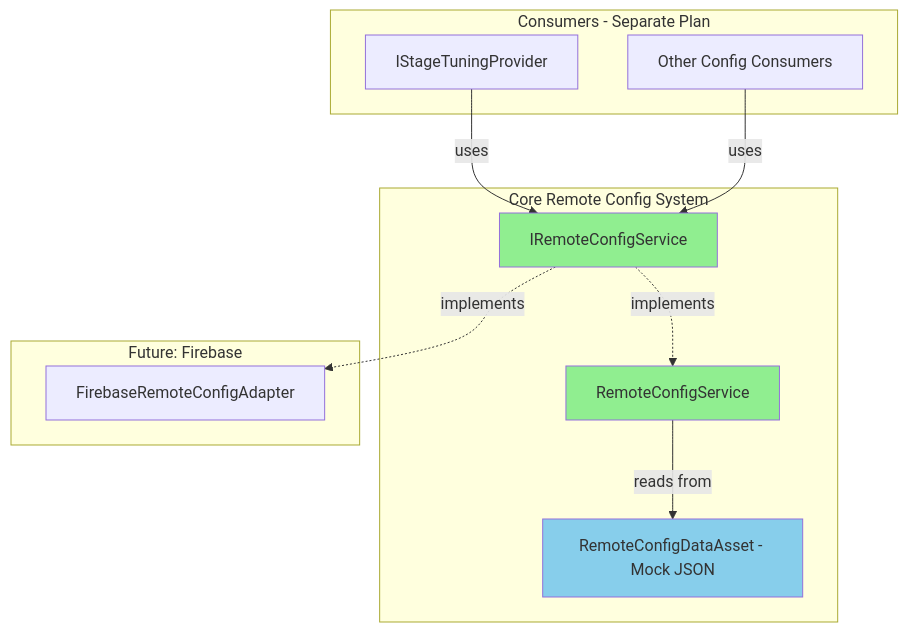
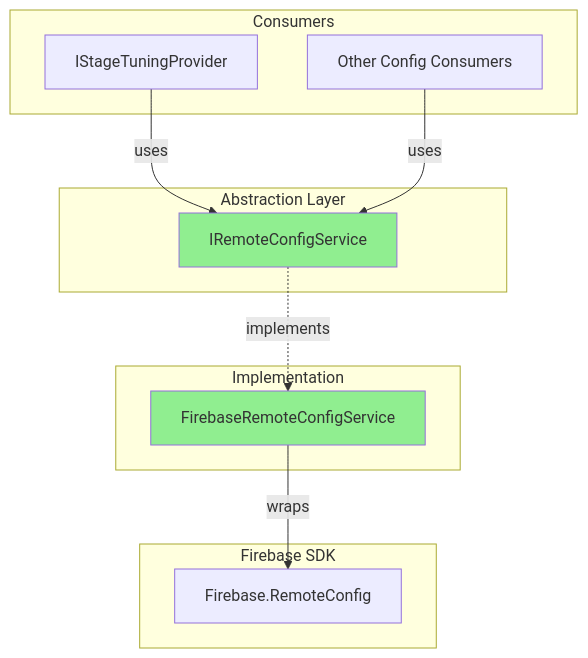
One commit to Jonsi/Knife-Toss changed the first of 2 diagrams in .cursor/plans/remote_config_system_f24d3bee.plan.md. Above: the diagram before and after it, drawn with Mermaid. The commit also changed other lines of this file and 109 other files, not shown here.

First line of the commit message:
remote config

````diff
--- a/.cursor/plans/remote_config_system_f24d3bee.plan.md
+++ b/.cursor/plans/remote_config_system_f24d3bee.plan.md
@@ -38,28 +82,28 @@
 ```mermaid
 graph TB
-    subgraph core [Core Remote Config System]
-        IRemoteConfigService[IRemoteConfigService]
-        RemoteConfigService[RemoteConfigService]
-        RemoteConfigDataAsset[RemoteConfigDataAsset - Mock JSON]
-    end
-    
-    subgraph future [Future: Firebase]
-        FirebaseAdapter[FirebaseRemoteConfigAdapter]
-    end
-    
-    subgraph consumers [Consumers - Separate Plan]
+    subgraph consumers [Consumers]
         IStageTuningProvider[IStageTuningProvider]
         OtherConsumers[Other Config Consumers]
     end
     
-    IRemoteConfigService -.implements.-> RemoteConfigService
-    IRemoteConfigService -.implements.-> FirebaseAdapter
-    RemoteConfigService -->|reads from| RemoteConfigDataAsset
+    subgraph abstraction [Abstraction Layer]
+        IRemoteConfigService[IRemoteConfigService]
+    end
+    
+    subgraph implementation [Implementation]
+        FirebaseRemoteConfigService[FirebaseRemoteConfigService]
+    end
+    
+    subgraph firebase [Firebase SDK]
+        FirebaseRemoteConfig[Firebase.RemoteConfig]
+    end
     
     IStageTuningProvider -->|uses| IRemoteConfigService
     OtherConsumers -->|uses| IRemoteConfigService
     
+    IRemoteConfigService -.implements.-> FirebaseRemoteConfigService
+    FirebaseRemoteConfigService -->|wraps| FirebaseRemoteConfig
+    
     style IRemoteConfigService fill:#90EE90
-    style RemoteConfigService fill:#90EE90
-    style RemoteConfigDataAsset fill:#87CEEB
+    style FirebaseRemoteConfigService fill:#90EE90
 ```
````
